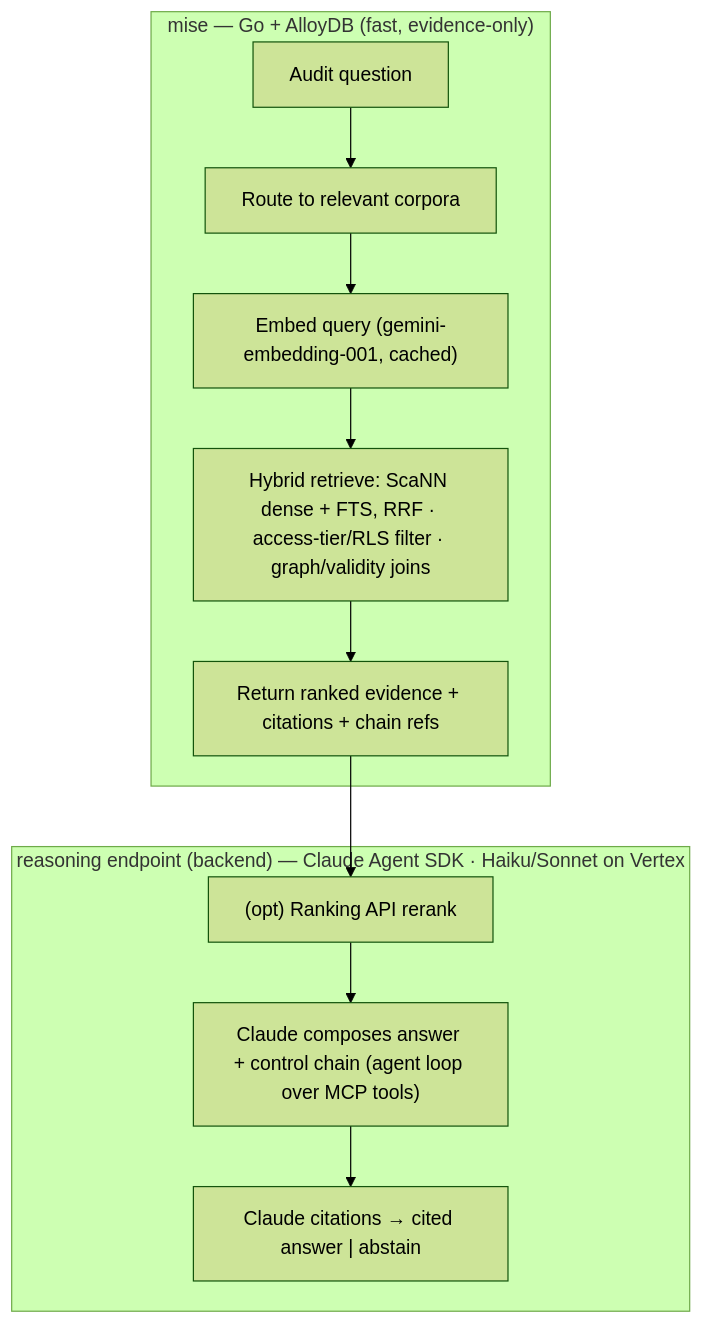
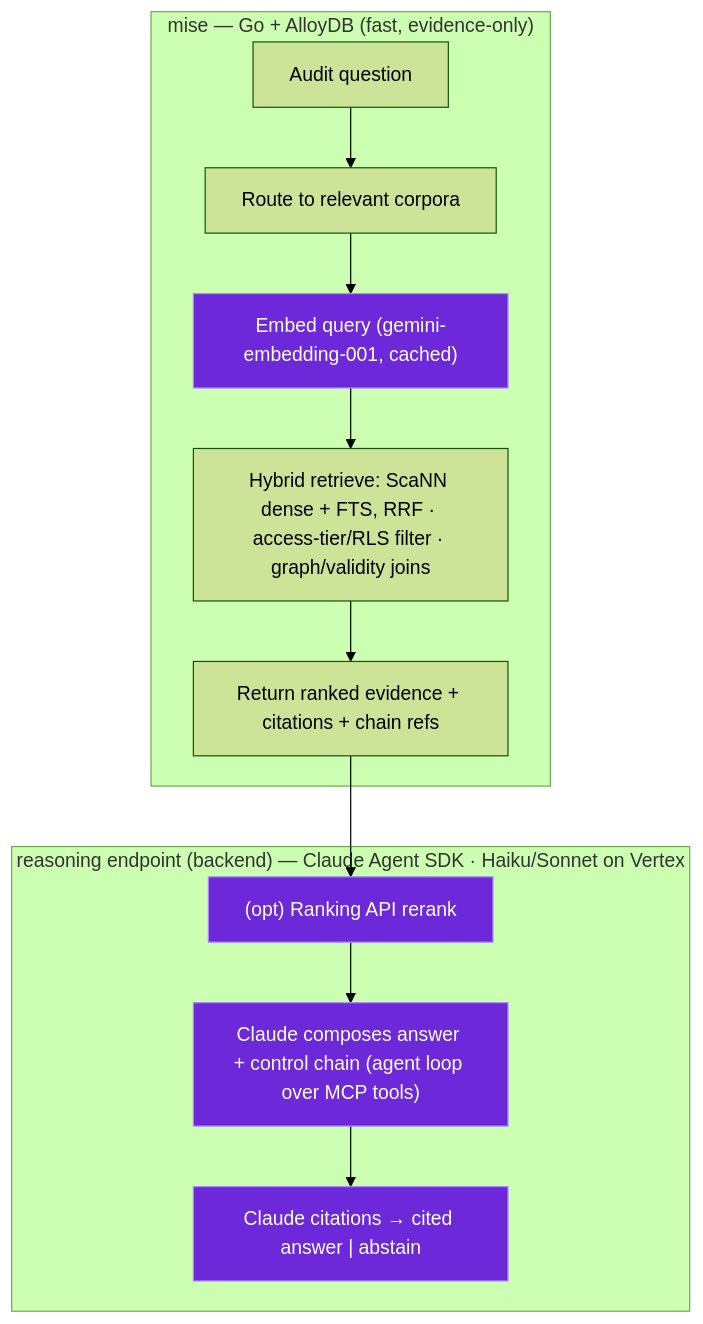
Before and after one commit to dannyota/mise: the sixth of 6 diagrams in docs/design/ARCHITECTURE.md, drawn with Mermaid (forest theme). The commit also changed other lines of this file and 10 other files, not shown here.

First line of the commit message:
fix(docs): M7 design review — terminology, decisions, diagrams, schemas

````diff
--- a/docs/design/ARCHITECTURE.md
+++ b/docs/design/ARCHITECTURE.md
@@ -291,14 +294,17 @@
 ```mermaid
 flowchart TD
     subgraph MISE["mise — Go + AlloyDB (fast, evidence-only)"]
         q["Audit question"] --> route["Route to relevant corpora"]
         route --> emb["Embed query (gemini-embedding-001, cached)"]
         emb --> ret["Hybrid retrieve: ScaNN dense + FTS, RRF · access-tier/RLS filter · graph/validity joins"]
         ret --> ev["Return ranked evidence + citations + chain refs"]
     end
     subgraph ENDPOINT["reasoning endpoint (backend) — Claude Agent SDK · Haiku/Sonnet on Vertex"]
         ev --> rer["(opt) Ranking API rerank"]
         rer --> ans["Claude composes answer + control chain (agent loop over MCP tools)"]
         ans --> gate["Claude citations → cited answer | abstain"]
     end
+
+    classDef ai fill:#6d28d9,stroke:#a78bfa,color:#fff
+    class emb,rer,ans,gate ai
 ```
````
